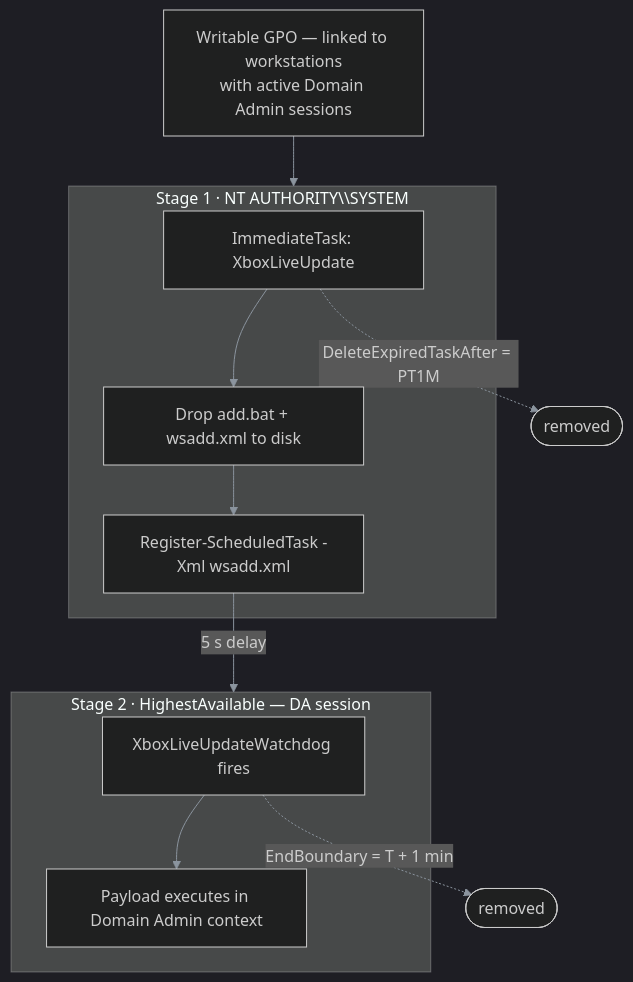
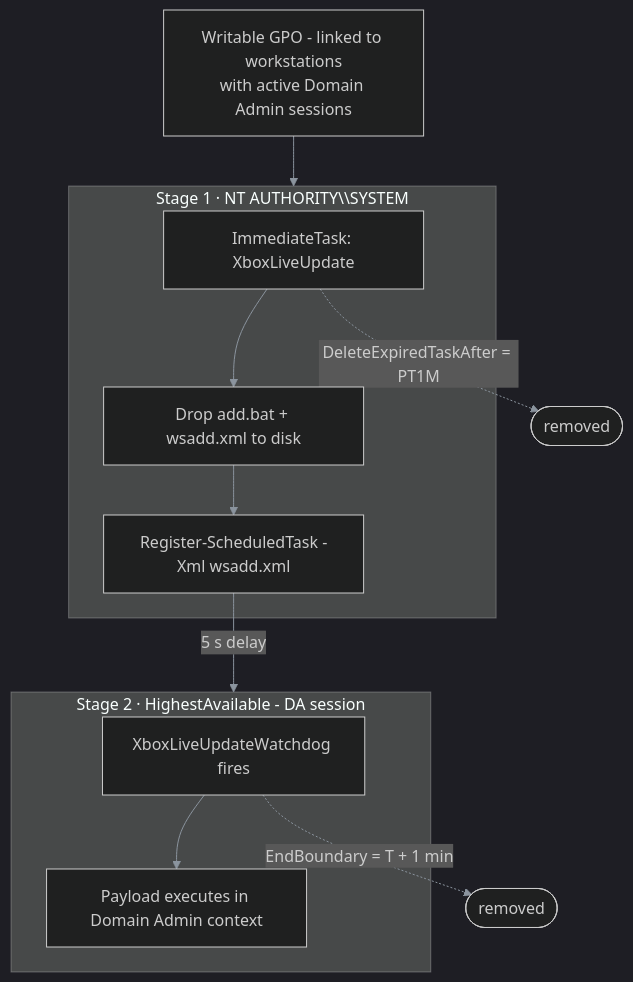
Before and after one commit to n0troot/SharpGPOwned: the second of 2 diagrams in README.md, drawn with Mermaid. The commit also changed other lines of this file, not shown here.

````diff
--- a/README.md
+++ b/README.md
@@ -63,20 +63,20 @@
 ```mermaid
 %%{init: {"theme": "dark", "themeVariables": {"darkMode": true, "primaryColor": "#161b22", "primaryTextColor": "#e6edf3", "primaryBorderColor": "#58a6ff", "lineColor": "#8b949e", "secondaryColor": "#0d1117", "tertiaryColor": "#1c2128"}}}%%
 flowchart TD
-    GPO["Writable GPO — linked to workstations\nwith active Domain Admin sessions"]
+    GPO["Writable GPO - linked to workstations\nwith active Domain Admin sessions"]
     GPO --> S1
 
     subgraph S1 ["Stage 1 · NT AUTHORITY\\SYSTEM"]
         T1["ImmediateTask: XboxLiveUpdate"] --> DROP["Drop add.bat + wsadd.xml to disk"]
         DROP --> REG["Register-ScheduledTask -Xml wsadd.xml"]
     end
 
     REG -->|"5 s delay"| S2
 
-    subgraph S2 ["Stage 2 · HighestAvailable — DA session"]
+    subgraph S2 ["Stage 2 · HighestAvailable - DA session"]
         T2["XboxLiveUpdateWatchdog fires"] --> PAY["Payload executes in Domain Admin context"]
     end
 
     T1 -. "DeleteExpiredTaskAfter = PT1M" .-> D1(["removed"])
     T2 -. "EndBoundary = T + 1 min" .-> D2(["removed"])
 ```
````
